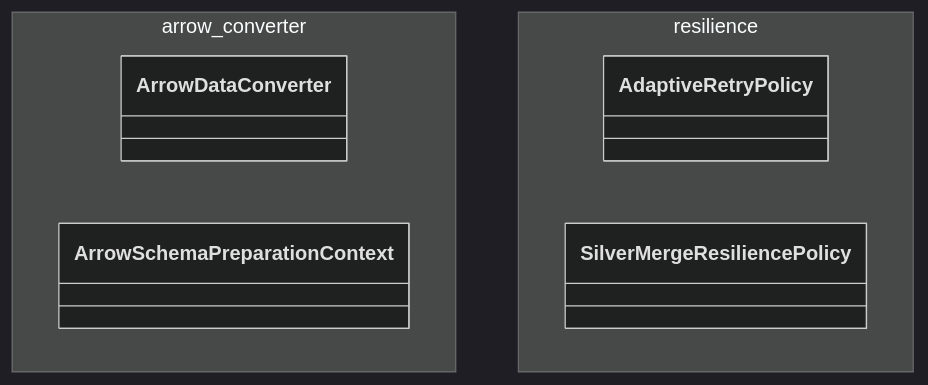
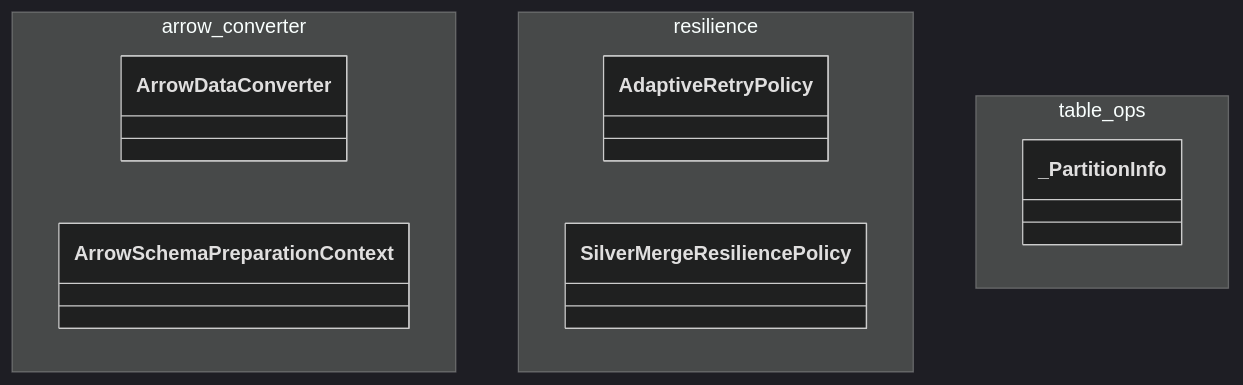
Before and after one commit to SatoryKono/BioactivityDataAcquisition: the diagram in docs/02-architecture/diagrams/class-diagrams/90-pkg-infrastructure-storage-delta.mmd, drawn with Mermaid (dark theme). The commit also changed 35 other files, not shown here.

First line of the commit message:
fix(ci): synchronize IUPHAR diagram inventory and review routing guards

```diff
--- a/docs/02-architecture/diagrams/class-diagrams/90-pkg-infrastructure-storage-delta.mmd
+++ b/docs/02-architecture/diagrams/class-diagrams/90-pkg-infrastructure-storage-delta.mmd
@@ -1,20 +1,24 @@
 %% Title: Package Family: infrastructure/storage/delta
-%% Covers: AST-derived supplemental package-family inventory for src/bioetl/infrastructure/storage/delta; modules: arrow_converter, resilience.
+%% Covers: AST-derived supplemental package-family inventory for src/bioetl/infrastructure/storage/delta; modules: arrow_converter, resilience, table_ops.
 %% Components: top-level classes grouped by source module.
 %% @version 1.0.0
 %% @type    classDiagram
-%% @date    2026-10-04
+%% @date    2026-11-18
 %% @level   Package Family / Inventory Slice
-%% @nodes   4
+%% @nodes   5
 %% @reference Generated supplemental package-family diagram. Curated class-summary remains narrative-only.
 classDiagram
 
     namespace arrow_converter {
         class ArrowDataConverter
         class ArrowSchemaPreparationContext
     }
 
     namespace resilience {
         class AdaptiveRetryPolicy
         class SilverMergeResiliencePolicy
     }
+
+    namespace table_ops {
+        class _PartitionInfo
+    }
```
